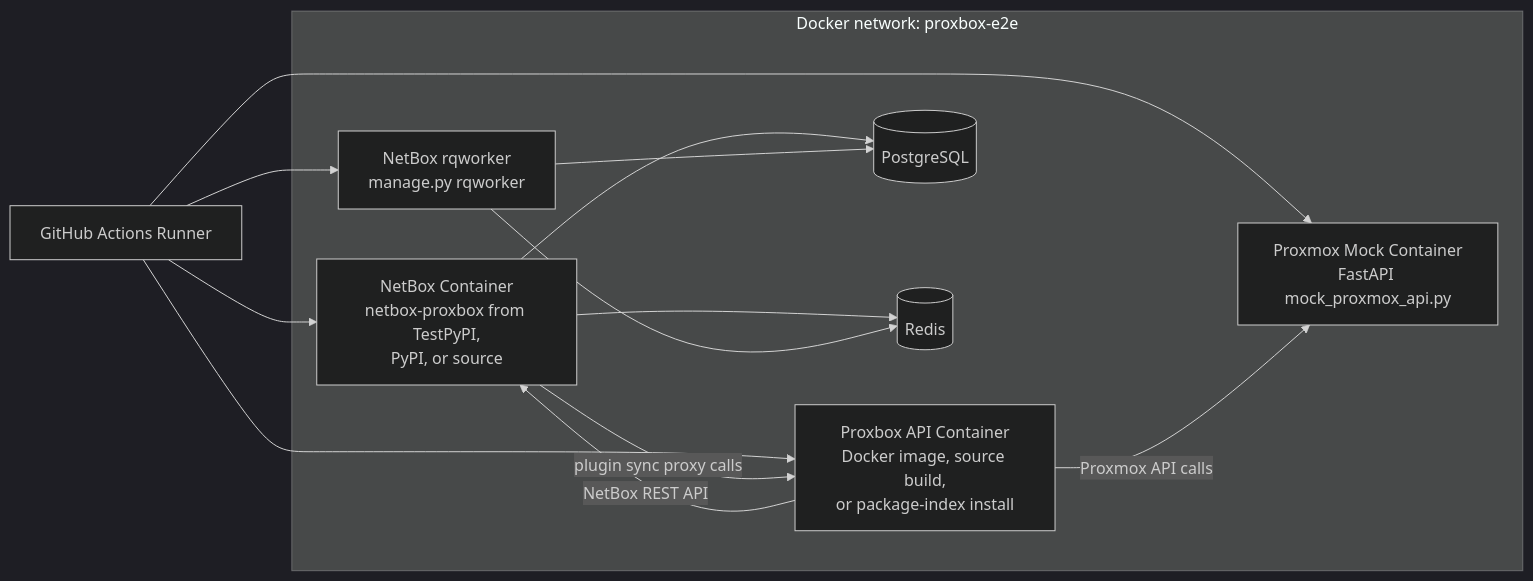
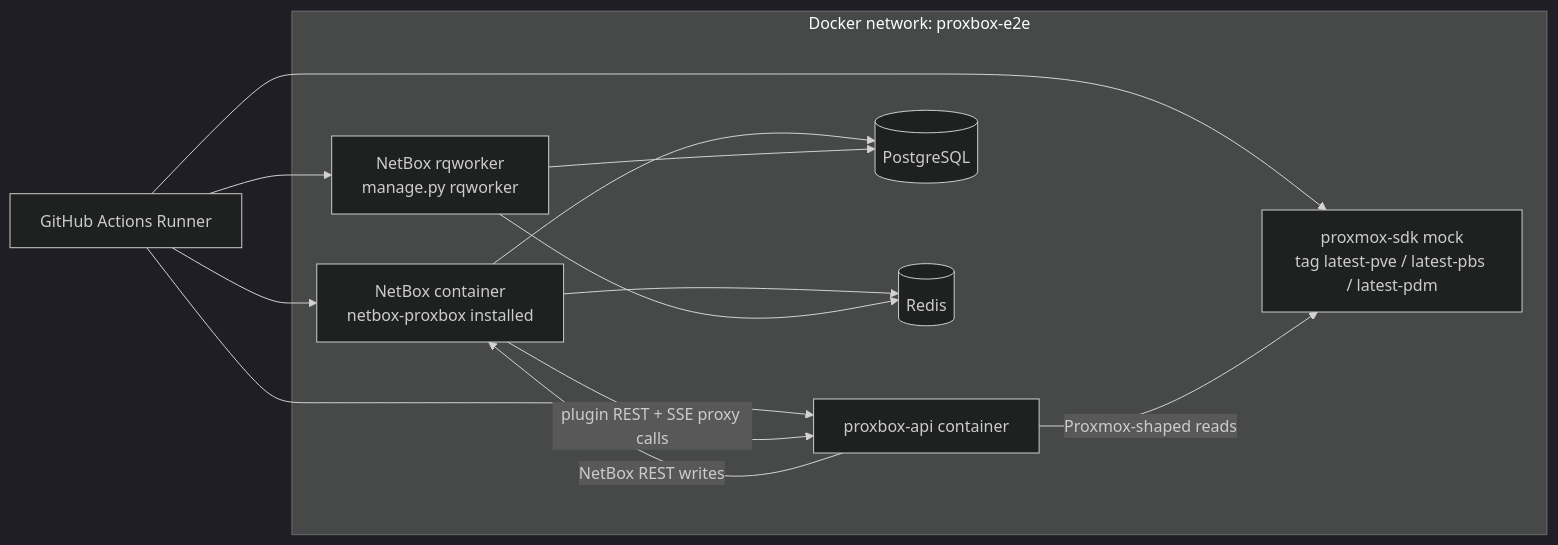
Before and after one commit to emersonfelipesp/netbox-proxbox: the first of 3 diagrams in docs/features/e2e-docker-testing.md, drawn with Mermaid (dark theme). The commit also changed other lines of this file and 6 other files, not shown here.

First line of the commit message:
ci(e2e): parallelize Docker matrix across proxmox-sdk pve/pbs/pdm service mocks

````diff
--- a/docs/features/e2e-docker-testing.md
+++ b/docs/features/e2e-docker-testing.md
@@ -37,27 +68,27 @@
 ```mermaid
 flowchart LR
   A[GitHub Actions Runner]
 
   subgraph D[Docker network: proxbox-e2e]
-    NB[NetBox Container\nnetbox-proxbox from TestPyPI,\nPyPI, or source]
-    RQ[NetBox rqworker\nmanage.py rqworker]
-    PB[Proxbox API Container\nDocker image, source build,\nor package-index install]
-    PM[Proxmox Mock Container\nFastAPI mock_proxmox_api.py]
+    NB[NetBox container<br>netbox-proxbox installed]
+    RQ[NetBox rqworker<br>manage.py rqworker]
+    API[proxbox-api container]
+    PM[proxmox-sdk mock<br>tag latest-pve / latest-pbs / latest-pdm]
     PG[(PostgreSQL)]
     RD[(Redis)]
   end
 
   A --> NB
-  A --> PB
+  A --> API
   A --> PM
   A --> RQ
 
   NB --> PG
   NB --> RD
   RQ --> PG
   RQ --> RD
 
-  NB -->|plugin sync proxy calls| PB
-  PB -->|Proxmox API calls| PM
-  PB -->|NetBox REST API| NB
+  NB -->|plugin REST + SSE proxy calls| API
+  API -->|Proxmox-shaped reads| PM
+  API -->|NetBox REST writes| NB
 ```
````
